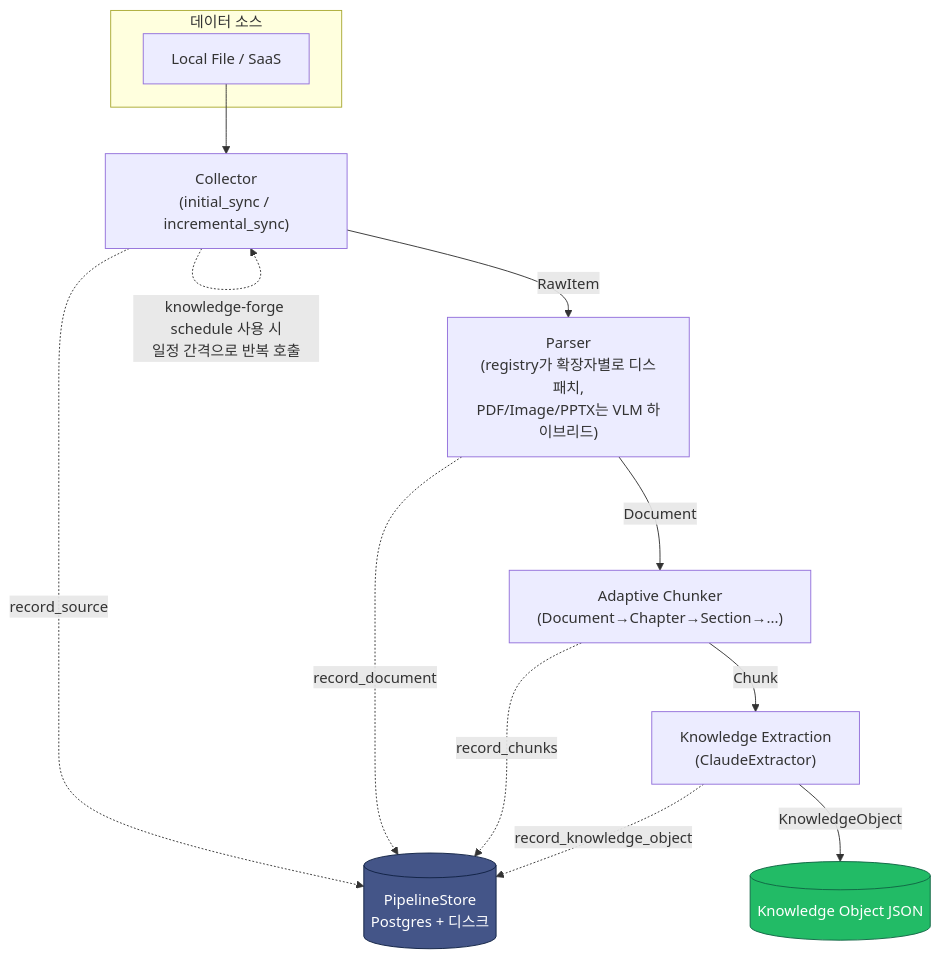
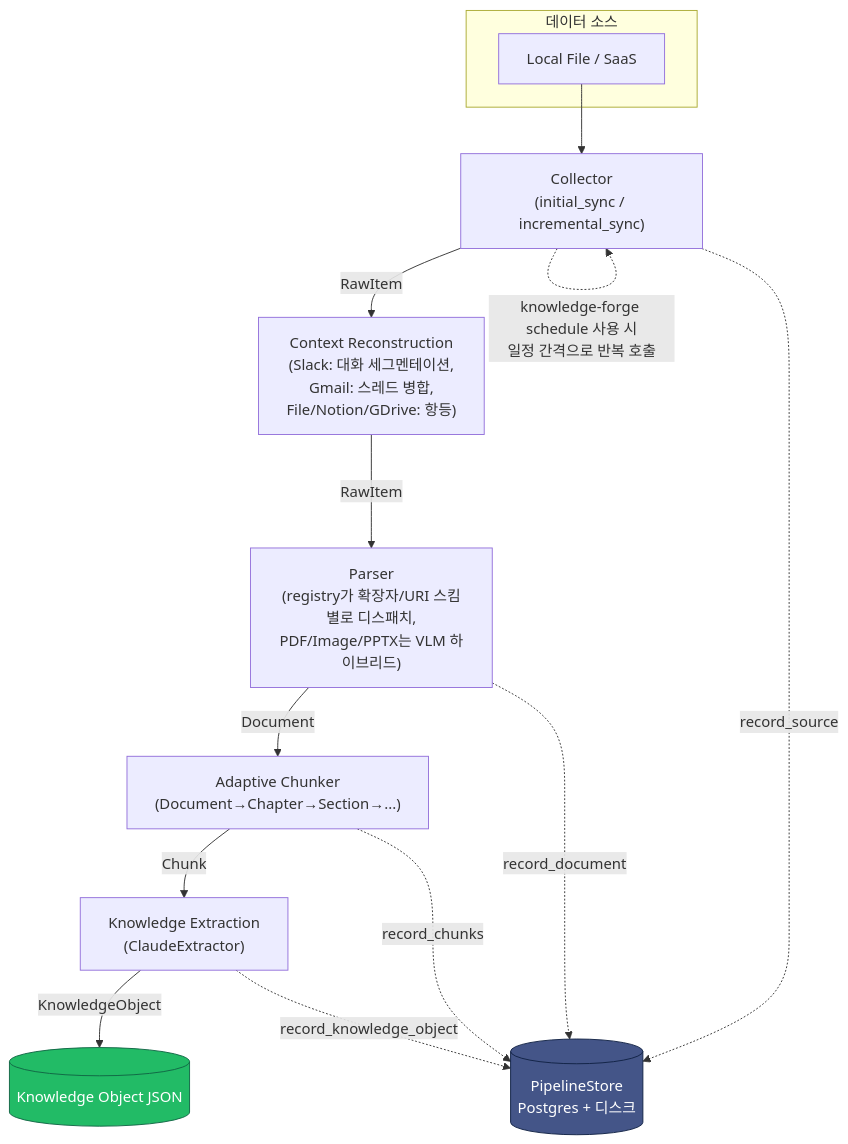
Before and after one commit to pilsu-choi/knowledge-forge: the diagram in wiki/architecture.md, drawn with Mermaid. The commit also changed other lines of this file and 16 other files, not shown here.

First line of the commit message:
feat: Source-aware Context Reconstruction 단계 구현 (Phase 4)

````diff
--- a/wiki/architecture.md
+++ b/wiki/architecture.md
@@ -9,21 +9,22 @@
 ```mermaid
 flowchart TD
     subgraph Sources["데이터 소스"]
         F[Local File / SaaS]
     end
 
     F --> C["Collector\n(initial_sync / incremental_sync)"]
-    C -->|RawItem| P["Parser\n(registry가 확장자별로 디스패치,\nPDF/Image/PPTX는 VLM 하이브리드)"]
+    C -->|RawItem| CR["Context Reconstruction\n(Slack: 대화 세그멘테이션,\nGmail: 스레드 병합,\nFile/Notion/GDrive: 항등)"]
+    CR -->|RawItem| P["Parser\n(registry가 확장자/URI 스킴별로 디스패치,\nPDF/Image/PPTX는 VLM 하이브리드)"]
     P -->|Document| CH["Adaptive Chunker\n(Document→Chapter→Section→...)"]
     CH -->|Chunk| E["Knowledge Extraction\n(ClaudeExtractor)"]
     E -->|KnowledgeObject| KO[(Knowledge Object JSON)]
 
     C -. "knowledge-forge schedule" 사용 시\n일정 간격으로 반복 호출 .-> C
     C -.->|record_source| ST[(PipelineStore\nPostgres + 디스크)]
     P -.->|record_document| ST
     CH -.->|record_chunks| ST
     E -.->|record_knowledge_object| ST
 
     style KO fill:#2b6,stroke:#164,color:#fff
     style ST fill:#458,stroke:#124,color:#fff
 ```
````
